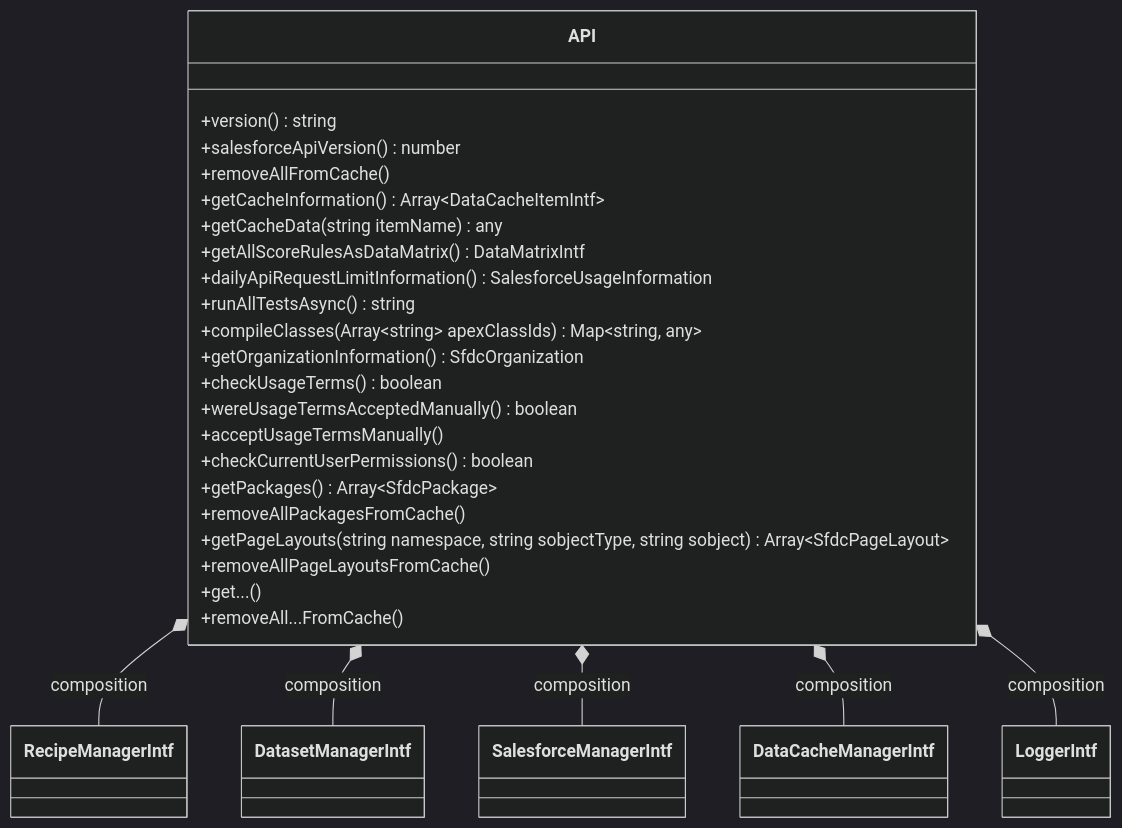
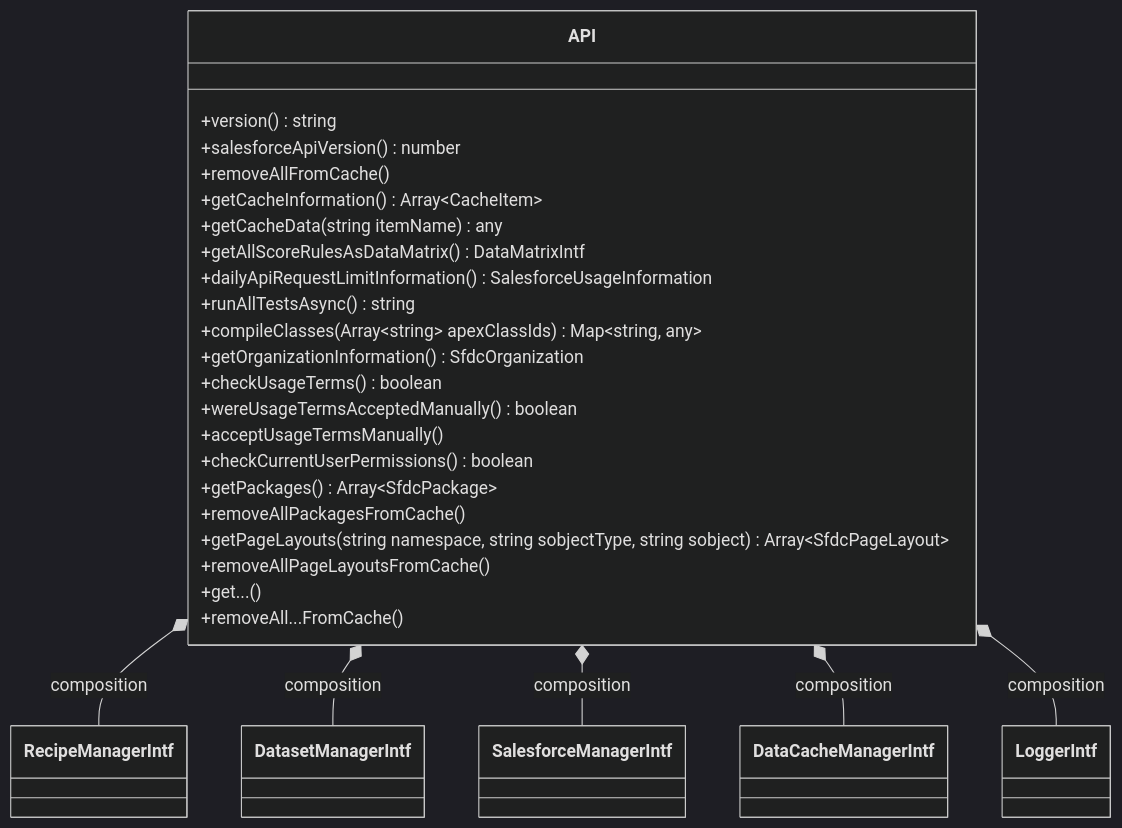
One commit to SalesforceLabs/OrgCheck changed the second of 3 diagrams in docs/index8.classdiagram.md. Above: the diagram before and after it, drawn with Mermaid (dark theme). The commit also changed other lines of this file and 28 other files, not shown here.

````diff
--- a/docs/index8.classdiagram.md
+++ b/docs/index8.classdiagram.md
@@ -43,31 +43,31 @@
 ```mermaid
 classDiagram
     class API {
         +version() string
         +salesforceApiVersion() number
         +removeAllFromCache()
-        +getCacheInformation() Array~DataCacheItemIntf~
+        +getCacheInformation() Array~CacheItem~
         +getCacheData(string itemName) any
         +getAllScoreRulesAsDataMatrix() DataMatrixIntf
         +dailyApiRequestLimitInformation() SalesforceUsageInformation
         +runAllTestsAsync() string
         +compileClasses(Array~string~ apexClassIds) Map~string, any~
         +getOrganizationInformation() SfdcOrganization
         +checkUsageTerms() boolean
         +wereUsageTermsAcceptedManually() boolean
         +acceptUsageTermsManually()
         +checkCurrentUserPermissions() boolean
         +getPackages() Array~SfdcPackage~
         +removeAllPackagesFromCache()
         +getPageLayouts(string namespace, string sobjectType, string sobject) Array~SfdcPageLayout~
         +removeAllPageLayoutsFromCache()
         +get...()
         +removeAll...FromCache()
     }
 
 API *-- RecipeManagerIntf : composition
 API *-- DatasetManagerIntf : composition
 API *-- SalesforceManagerIntf : composition
 API *-- DataCacheManagerIntf : composition
 API *-- LoggerIntf : composition
 ```
````
